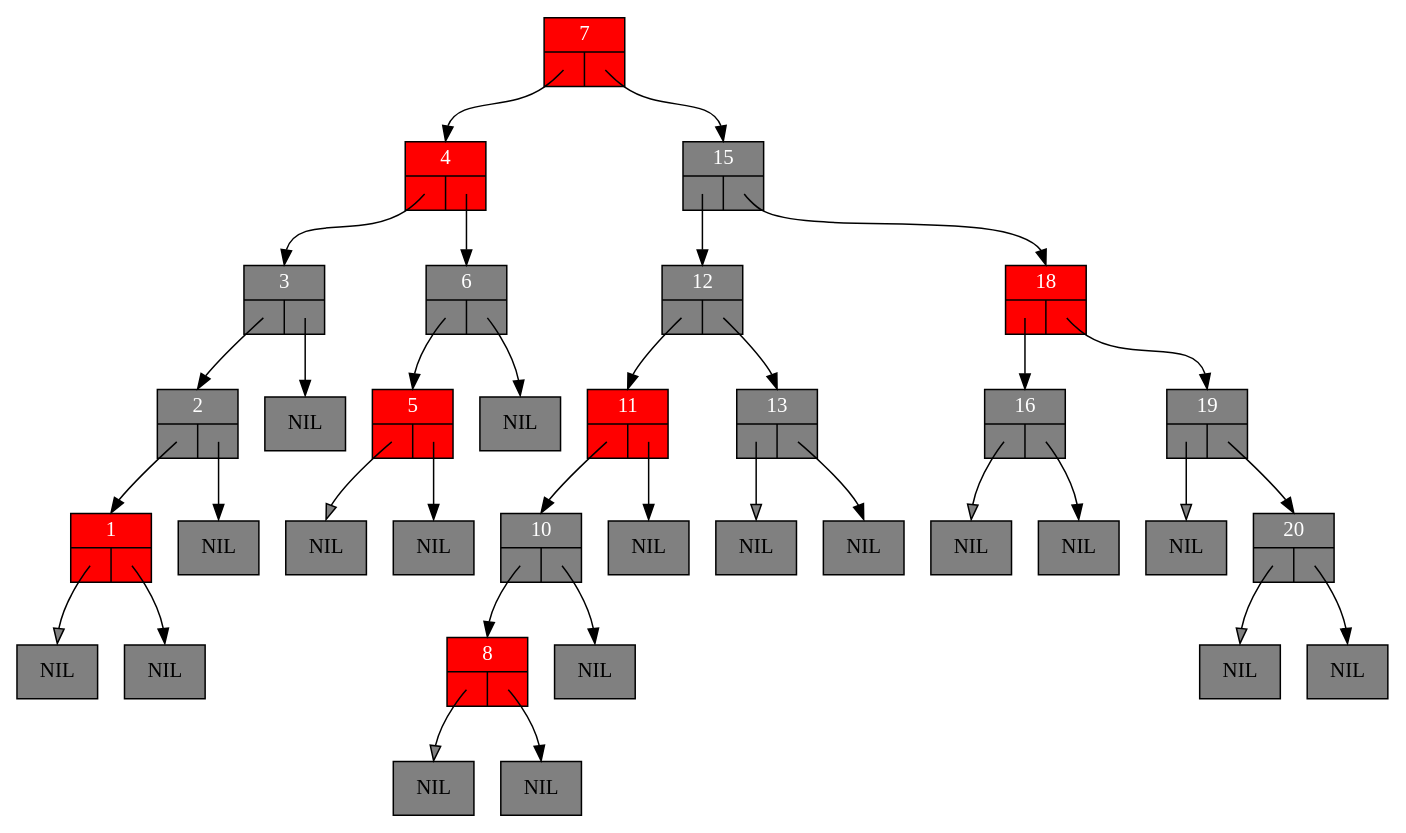
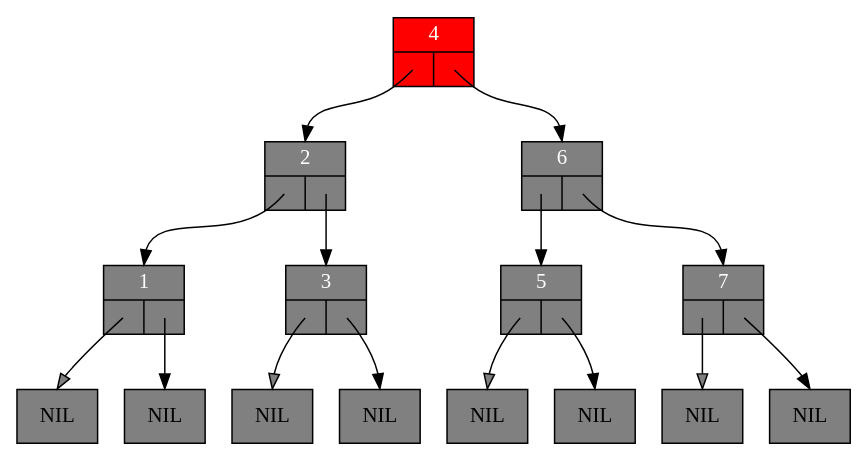
The diagram in Algo3/base_code_lab6/Code/thetree-3.dot (NOTuglyduckling/C), drawn with Graphviz before and after one commit. The commit also changed 22 other files, not shown here.

```diff
--- a/Algo3/base_code_lab6/Code/thetree-3.dot
+++ b/Algo3/base_code_lab6/Code/thetree-3.dot
@@ -1,75 +1,35 @@
 digraph RedBlackTree {
 	graph [ranksep=0.5];
 	node [shape = record];
 
-	n1 [style=filled, fillcolor=red, fontcolor=white, label="{1|{<left>|<right>}}"];
+	n1 [style=filled, fillcolor=grey, fontcolor=white, label="{1|{<left>|<right>}}"];
 	lnil1 [style=filled, fillcolor=grey, label="NIL"];
 	n1:left:c -> lnil1:n [fillcolor=grey, headclip=false, tailclip=false]
 	rnil1 [style=filled, fillcolor=grey, label="NIL"];
 	n1:right:c -> rnil1:n [headclip=false, tailclip=false]
 	n2 [style=filled, fillcolor=grey, fontcolor=white, label="{2|{<left>|<right>}}"];
 	n2:left:c -> n1:n [headclip=false, tailclip=false]
-	rnil2 [style=filled, fillcolor=grey, label="NIL"];
-	n2:right:c -> rnil2:n [headclip=false, tailclip=false]
+	n2:right:c -> n3:n [headclip=false, tailclip=false]
 	n3 [style=filled, fillcolor=grey, fontcolor=white, label="{3|{<left>|<right>}}"];
-	n3:left:c -> n2:n [headclip=false, tailclip=false]
+	lnil3 [style=filled, fillcolor=grey, label="NIL"];
+	n3:left:c -> lnil3:n [fillcolor=grey, headclip=false, tailclip=false]
 	rnil3 [style=filled, fillcolor=grey, label="NIL"];
 	n3:right:c -> rnil3:n [headclip=false, tailclip=false]
 	n4 [style=filled, fillcolor=red, fontcolor=white, label="{4|{<left>|<right>}}"];
-	n4:left:c -> n3:n [headclip=false, tailclip=false]
+	n4:left:c -> n2:n [headclip=false, tailclip=false]
 	n4:right:c -> n6:n [headclip=false, tailclip=false]
-	n5 [style=filled, fillcolor=red, fontcolor=white, label="{5|{<left>|<right>}}"];
+	n5 [style=filled, fillcolor=grey, fontcolor=white, label="{5|{<left>|<right>}}"];
 	lnil5 [style=filled, fillcolor=grey, label="NIL"];
 	n5:left:c -> lnil5:n [fillcolor=grey, headclip=false, tailclip=false]
 	rnil5 [style=filled, fillcolor=grey, label="NIL"];
 	n5:right:c -> rnil5:n [headclip=false, tailclip=false]
 	n6 [style=filled, fillcolor=grey, fontcolor=white, label="{6|{<left>|<right>}}"];
 	n6:left:c -> n5:n [headclip=false, tailclip=false]
-	rnil6 [style=filled, fillcolor=grey, label="NIL"];
-	n6:right:c -> rnil6:n [headclip=false, tailclip=false]
-	n7 [style=filled, fillcolor=red, fontcolor=white, label="{7|{<left>|<right>}}"];
-	n7:left:c -> n4:n [headclip=false, tailclip=false]
-	n7:right:c -> n15:n [headclip=false, tailclip=false]
-	n8 [style=filled, fillcolor=red, fontcolor=white, label="{8|{<left>|<right>}}"];
-	lnil8 [style=filled, fillcolor=grey, label="NIL"];
-	n8:left:c -> lnil8:n [fillcolor=grey, headclip=false, tailclip=false]
-	rnil8 [style=filled, fillcolor=grey, label="NIL"];
-	n8:right:c -> rnil8:n [headclip=false, tailclip=false]
-	n10 [style=filled, fillcolor=grey, fontcolor=white, label="{10|{<left>|<right>}}"];
-	n10:left:c -> n8:n [headclip=false, tailclip=false]
-	rnil10 [style=filled, fillcolor=grey, label="NIL"];
-	n10:right:c -> rnil10:n [headclip=false, tailclip=false]
-	n11 [style=filled, fillcolor=red, fontcolor=white, label="{11|{<left>|<right>}}"];
-	n11:left:c -> n10:n [headclip=false, tailclip=false]
-	rnil11 [style=filled, fillcolor=grey, label="NIL"];
-	n11:right:c -> rnil11:n [headclip=false, tailclip=false]
-	n12 [style=filled, fillcolor=grey, fontcolor=white, label="{12|{<left>|<right>}}"];
-	n12:left:c -> n11:n [headclip=false, tailclip=false]
-	n12:right:c -> n13:n [headclip=false, tailclip=false]
-	n13 [style=filled, fillcolor=grey, fontcolor=white, label="{13|{<left>|<right>}}"];
-	lnil13 [style=filled, fillcolor=grey, label="NIL"];
-	n13:left:c -> lnil13:n [fillcolor=grey, headclip=false, tailclip=false]
-	rnil13 [style=filled, fillcolor=grey, label="NIL"];
-	n13:right:c -> rnil13:n [headclip=false, tailclip=false]
-	n15 [style=filled, fillcolor=grey, fontcolor=white, label="{15|{<left>|<right>}}"];
-	n15:left:c -> n12:n [headclip=false, tailclip=false]
-	n15:right:c -> n18:n [headclip=false, tailclip=false]
-	n16 [style=filled, fillcolor=grey, fontcolor=white, label="{16|{<left>|<right>}}"];
-	lnil16 [style=filled, fillcolor=grey, label="NIL"];
-	n16:left:c -> lnil16:n [fillcolor=grey, headclip=false, tailclip=false]
-	rnil16 [style=filled, fillcolor=grey, label="NIL"];
-	n16:right:c -> rnil16:n [headclip=false, tailclip=false]
-	n18 [style=filled, fillcolor=red, fontcolor=white, label="{18|{<left>|<right>}}"];
-	n18:left:c -> n16:n [headclip=false, tailclip=false]
-	n18:right:c -> n19:n [headclip=false, tailclip=false]
-	n19 [style=filled, fillcolor=grey, fontcolor=white, label="{19|{<left>|<right>}}"];
-	lnil19 [style=filled, fillcolor=grey, label="NIL"];
-	n19:left:c -> lnil19:n [fillcolor=grey, headclip=false, tailclip=false]
-	n19:right:c -> n20:n [headclip=false, tailclip=false]
-	n20 [style=filled, fillcolor=grey, fontcolor=white, label="{20|{<left>|<right>}}"];
-	lnil20 [style=filled, fillcolor=grey, label="NIL"];
-	n20:left:c -> lnil20:n [fillcolor=grey, headclip=false, tailclip=false]
-	rnil20 [style=filled, fillcolor=grey, label="NIL"];
-	n20:right:c -> rnil20:n [headclip=false, tailclip=false]
+	n6:right:c -> n7:n [headclip=false, tailclip=false]
+	n7 [style=filled, fillcolor=grey, fontcolor=white, label="{7|{<left>|<right>}}"];
+	lnil7 [style=filled, fillcolor=grey, label="NIL"];
+	n7:left:c -> lnil7:n [fillcolor=grey, headclip=false, tailclip=false]
+	rnil7 [style=filled, fillcolor=grey, label="NIL"];
+	n7:right:c -> rnil7:n [headclip=false, tailclip=false]
 
 }
```
